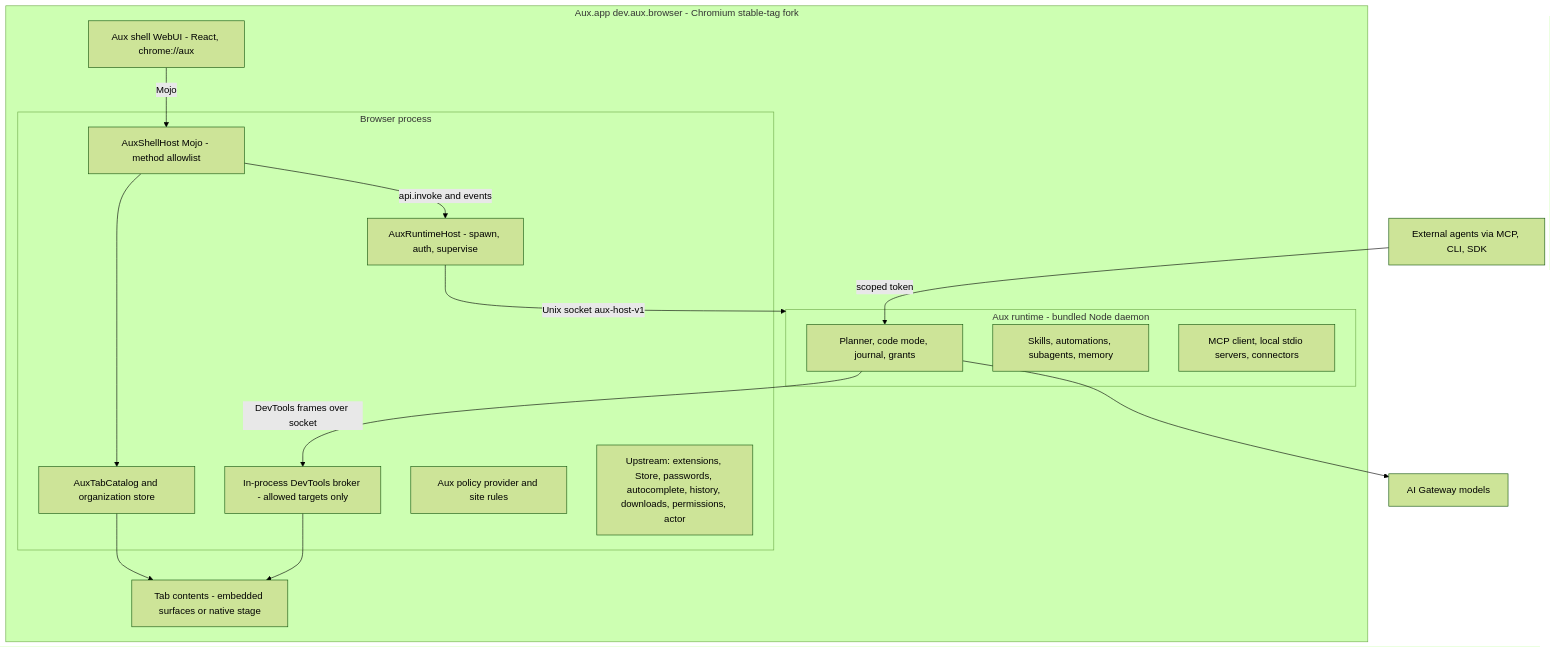
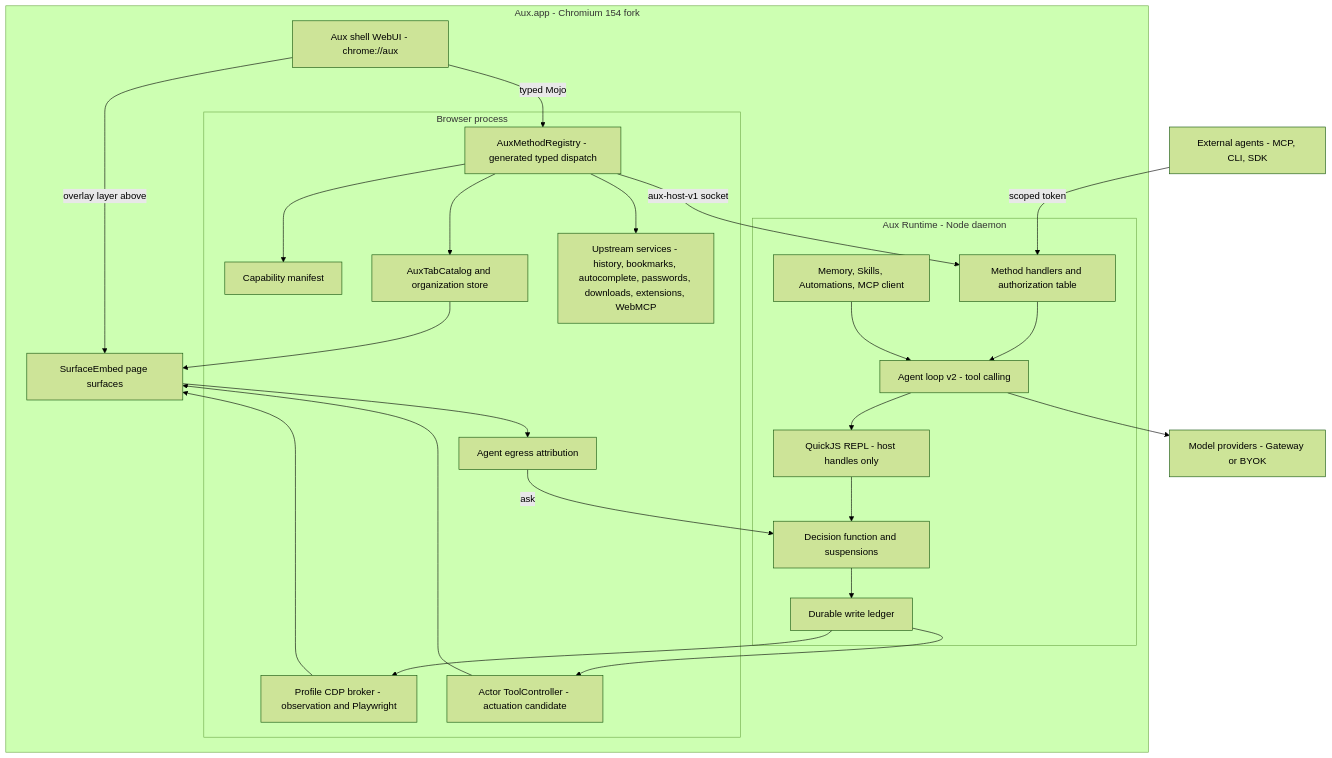
Before and after one commit to robzilla1738/vector: the first of 2 diagrams in docs/ROADMAP.md, drawn with Mermaid (forest theme). The commit also changed other lines of this file and 7 other files, not shown here.

Commit message:
docs: adopt Aux roadmap v2 and preserve v1 [skip ci]

````diff
--- a/docs/ROADMAP.md
+++ b/docs/ROADMAP.md
@@ -462,31 +362,46 @@
 ```mermaid
 flowchart TB
-  subgraph auxApp ["Aux.app dev.aux.browser - Chromium stable-tag fork"]
+  subgraph auxApp [Aux.app - Chromium 154 fork]
     subgraph browserProc [Browser process]
-      catalog["AuxTabCatalog and organization store"]
-      shellHost["AuxShellHost Mojo - method allowlist"]
-      runtimeHost["AuxRuntimeHost - spawn, auth, supervise"]
-      broker["In-process DevTools broker - allowed targets only"]
-      policyProv["Aux policy provider and site rules"]
-      upstreamSvc["Upstream: extensions, Store, passwords, autocomplete, history, downloads, permissions, actor"]
+      methodReg["AuxMethodRegistry - generated typed dispatch"]
+      capManifest["Capability manifest"]
+      tabCatalog["AuxTabCatalog and organization store"]
+      cdpBroker["Profile CDP broker - observation and Playwright"]
+      actorEngine["Actor ToolController - actuation candidate"]
+      egressGate["Agent egress attribution"]
+      upstreamSvc["Upstream services - history, bookmarks, autocomplete, passwords, downloads, extensions, WebMCP"]
     end
-    shellUI["Aux shell WebUI - React, chrome://aux"]
-    pages["Tab contents - embedded surfaces or native stage"]
-    subgraph nodeRuntime ["Aux runtime - bundled Node daemon"]
-      agentCore["Planner, code mode, journal, grants"]
-      automations["Skills, automations, subagents, memory"]
-      connectors["MCP client, local stdio servers, connectors"]
+    shellUI["Aux shell WebUI - chrome://aux"]
+    pageSurfaces["SurfaceEmbed page surfaces"]
+    subgraph auxRuntime [Aux Runtime - Node daemon]
+      agentLoop["Agent loop v2 - tool calling"]
+      codeRepl["QuickJS REPL - host handles only"]
+      decideFn["Decision function and suspensions"]
+      writeLedger["Durable write ledger"]
+      runtimeSvc["Memory, Skills, Automations, MCP client"]
+      methodTable["Method handlers and authorization table"]
     end
   end
-  extAgents["External agents via MCP, CLI, SDK"]
-  models["AI Gateway models"]
-  shellUI -->|Mojo| shellHost
-  shellHost --> catalog
-  catalog --> pages
-  shellHost -->|"api.invoke and events"| runtimeHost
-  runtimeHost -->|"Unix socket aux-host-v1"| nodeRuntime
-  agentCore -->|"DevTools frames over socket"| broker
-  broker --> pages
-  extAgents -->|"scoped token"| agentCore
-  agentCore --> models
+  extAgents["External agents - MCP, CLI, SDK"]
+  modelProviders["Model providers - Gateway or BYOK"]
+  shellUI -->|typed Mojo| methodReg
+  methodReg --> capManifest
+  methodReg --> tabCatalog
+  methodReg --> upstreamSvc
+  tabCatalog --> pageSurfaces
+  shellUI -->|overlay layer above| pageSurfaces
+  methodReg -->|"aux-host-v1 socket"| methodTable
+  methodTable --> agentLoop
+  agentLoop --> codeRepl
+  codeRepl --> decideFn
+  decideFn --> writeLedger
+  writeLedger --> cdpBroker
+  writeLedger --> actorEngine
+  cdpBroker --> pageSurfaces
+  actorEngine --> pageSurfaces
+  pageSurfaces --> egressGate
+  egressGate -->|ask| decideFn
+  extAgents -->|scoped token| methodTable
+  agentLoop --> modelProviders
+  runtimeSvc --> agentLoop
 ```
````
